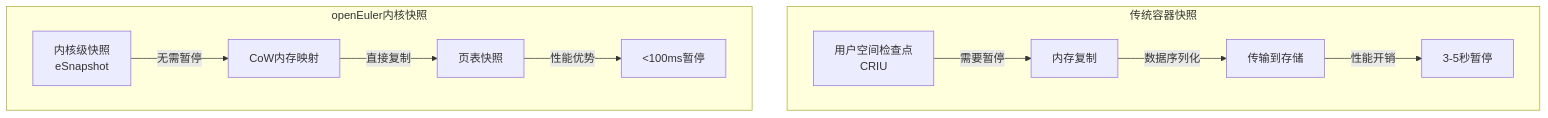
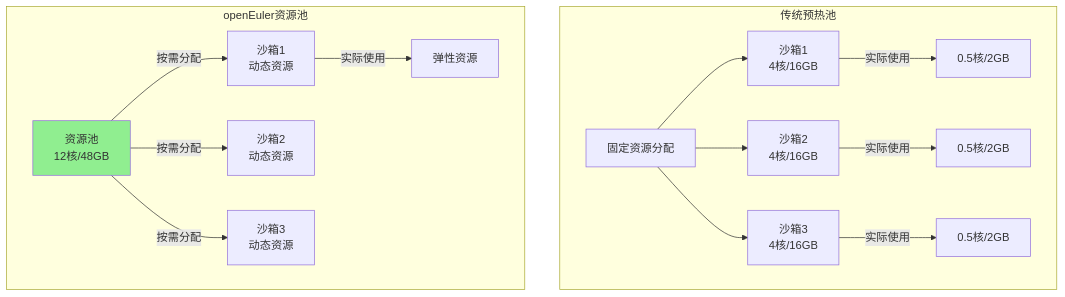
Before and after one commit to QJWang23/sandbox: diagram 12 of 20 in docs/superpowers/specs/2026-03-22-agent-sandbox-technical-roadmap.md, drawn with Mermaid. The commit also changed other lines of this file, not shown here.

First line of the commit message:
Update technical roadmap with production scenarios focus

````diff
--- a/docs/superpowers/specs/2026-03-22-agent-sandbox-technical-roadmap.md
+++ b/docs/superpowers/specs/2026-03-22-agent-sandbox-technical-roadmap.md
@@ -435,14 +456,21 @@
 ```mermaid
 graph TB
-    subgraph "传统容器快照"
-        A[用户空间检查点<br/>CRIU] -->|需要暂停| B[内存复制]
-        B -->|数据序列化| C[传输到存储]
-        C -->|性能开销| D[3-5秒暂停]
+    subgraph "传统预热池"
+        A[固定资源分配] --> B[沙箱1<br/>4核/16GB]
+        A --> C[沙箱2<br/>4核/16GB]
+        A --> D[沙箱3<br/>4核/16GB]
+        B -->|实际使用| E[0.5核/2GB]
+        C -->|实际使用| F[0.5核/2GB]
+        D -->|实际使用| G[0.5核/2GB]
     end
 
-    subgraph "openEuler内核快照"
-        E[内核级快照<br/>eSnapshot] -->|无需暂停| F[CoW内存映射]
-        F -->|直接复制| G[页表快照]
-        G -->|性能优势| H[<100ms暂停]
+    subgraph "openEuler资源池"
+        H[资源池<br/>12核/48GB] -->|按需分配| I[沙箱1<br/>动态资源]
+        H -->|按需分配| J[沙箱2<br/>动态资源]
+        H -->|按需分配| K[沙箱3<br/>动态资源]
+
+        I -->|实际使用| L[弹性资源]
     end
+
+    style H fill:#90EE90
 ```
````
